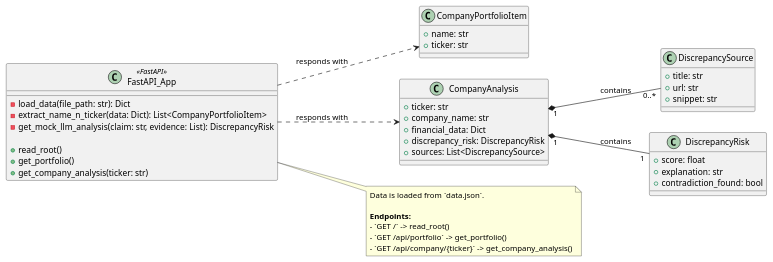
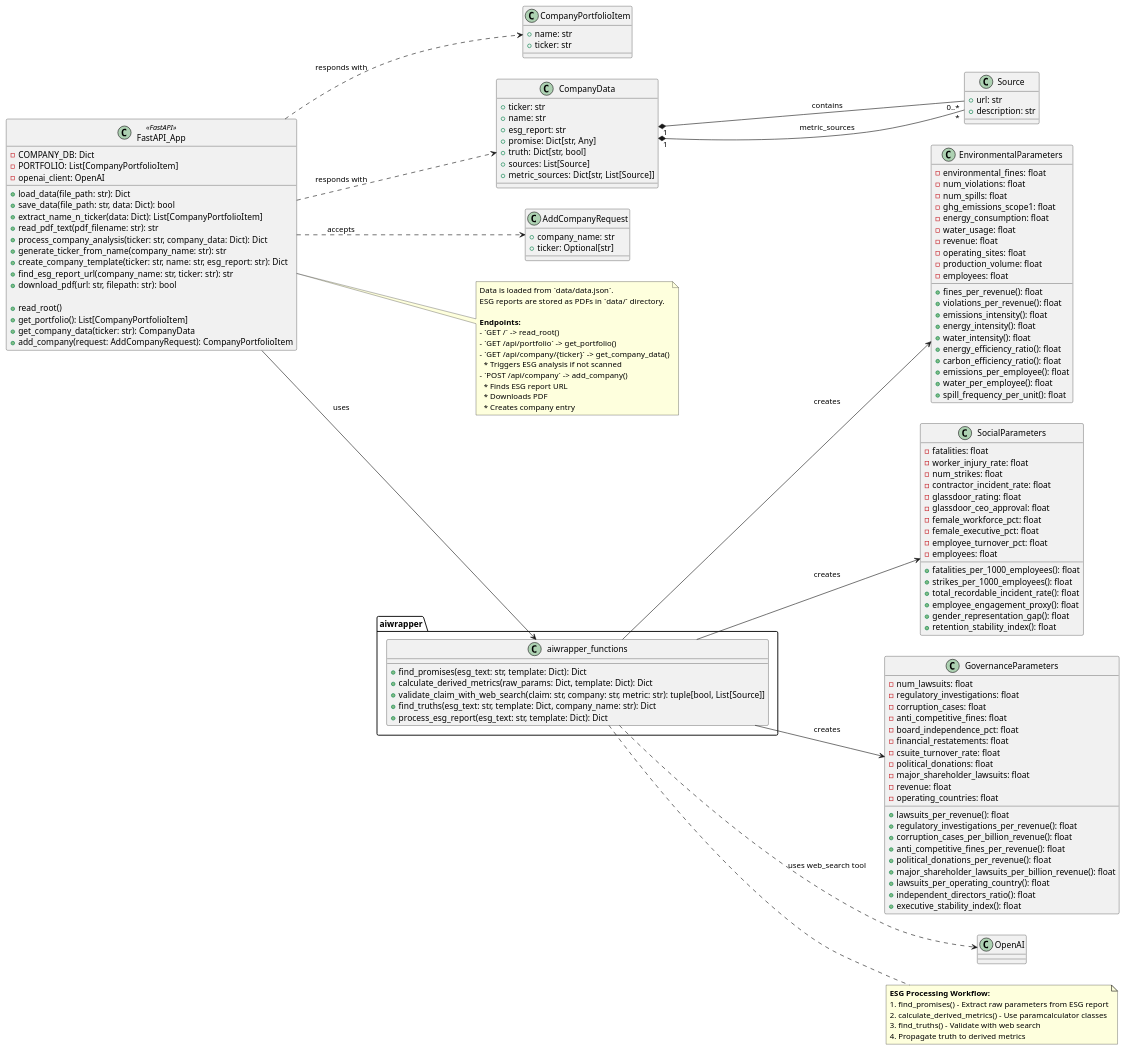
Before and after one commit to Rejseri/fintechHackathon: the diagram in back/class_diagram.puml, drawn with PlantUML. The commit also changed 3 other files, not shown here.

Commit message:
Update uml diagrams

```diff
--- a/back/class_diagram.puml
+++ b/back/class_diagram.puml
@@ -1,62 +1,171 @@
 @startuml
 ' Set direction
 left to right direction
 
-' Define Pydantic Models as classes
+' Define Pydantic Models
 class CompanyPortfolioItem {
   +name: str
   +ticker: str
 }
 
-class DiscrepancySource {
-  +title: str
+class Source {
   +url: str
-  +snippet: str
+  +description: str
 }
 
-class DiscrepancyRisk {
-  +score: float
-  +explanation: str
-  +contradiction_found: bool
+class CompanyData {
+  +ticker: str
+  +name: str
+  +esg_report: str
+  +promise: Dict[str, Any]
+  +truth: Dict[str, bool]
+  +sources: List[Source]
+  +metric_sources: Dict[str, List[Source]]
 }
 
-class CompanyAnalysis {
-  +ticker: str
+class AddCompanyRequest {
   +company_name: str
-  +financial_data: Dict
-  +discrepancy_risk: DiscrepancyRisk
-  +sources: List<DiscrepancySource>
+  +ticker: Optional[str]
 }
 
-' Define FastAPI App as a component
+' Define paramcalculator classes
+class EnvironmentalParameters {
+  -environmental_fines: float
+  -num_violations: float
+  -num_spills: float
+  -ghg_emissions_scope1: float
+  -energy_consumption: float
+  -water_usage: float
+  -revenue: float
+  -operating_sites: float
+  -production_volume: float
+  -employees: float
+  +fines_per_revenue(): float
+  +violations_per_revenue(): float
+  +emissions_intensity(): float
+  +energy_intensity(): float
+  +water_intensity(): float
+  +energy_efficiency_ratio(): float
+  +carbon_efficiency_ratio(): float
+  +emissions_per_employee(): float
+  +water_per_employee(): float
+  +spill_frequency_per_unit(): float
+}
+
+class SocialParameters {
+  -fatalities: float
+  -worker_injury_rate: float
+  -num_strikes: float
+  -contractor_incident_rate: float
+  -glassdoor_rating: float
+  -glassdoor_ceo_approval: float
+  -female_workforce_pct: float
+  -female_executive_pct: float
+  -employee_turnover_pct: float
+  -employees: float
+  +fatalities_per_1000_employees(): float
+  +strikes_per_1000_employees(): float
+  +total_recordable_incident_rate(): float
+  +employee_engagement_proxy(): float
+  +gender_representation_gap(): float
+  +retention_stability_index(): float
+}
+
+class GovernanceParameters {
+  -num_lawsuits: float
+  -regulatory_investigations: float
+  -corruption_cases: float
+  -anti_competitive_fines: float
+  -board_independence_pct: float
+  -financial_restatements: float
+  -csuite_turnover_rate: float
+  -political_donations: float
+  -major_shareholder_lawsuits: float
+  -revenue: float
+  -operating_countries: float
+  +lawsuits_per_revenue(): float
+  +regulatory_investigations_per_revenue(): float
+  +corruption_cases_per_billion_revenue(): float
+  +anti_competitive_fines_per_revenue(): float
+  +political_donations_per_revenue(): float
+  +major_shareholder_lawsuits_per_billion_revenue(): float
+  +lawsuits_per_operating_country(): float
+  +independent_directors_ratio(): float
+  +executive_stability_index(): float
+}
+
+' Define aiwrapper module functions
+package "aiwrapper" {
+  class aiwrapper_functions {
+    +find_promises(esg_text: str, template: Dict): Dict
+    +calculate_derived_metrics(raw_params: Dict, template: Dict): Dict
+    +validate_claim_with_web_search(claim: str, company: str, metric: str): tuple[bool, List[Source]]
+    +find_truths(esg_text: str, template: Dict, company_name: str): Dict
+    +process_esg_report(esg_text: str, template: Dict): Dict
+  }
+}
+
+' Define FastAPI App
 class FastAPI_App <<FastAPI>> {
+  ' Data management
+  -COMPANY_DB: Dict
+  -PORTFOLIO: List[CompanyPortfolioItem]
+  -openai_client: OpenAI
+  
   ' Helper functions
-  - load_data(file_path: str): Dict
-  - extract_name_n_ticker(data: Dict): List<CompanyPortfolioItem>
-  - get_mock_llm_analysis(claim: str, evidence: List): DiscrepancyRisk
+  +load_data(file_path: str): Dict
+  +save_data(file_path: str, data: Dict): bool
+  +extract_name_n_ticker(data: Dict): List[CompanyPortfolioItem]
+  +read_pdf_text(pdf_filename: str): str
+  +process_company_analysis(ticker: str, company_data: Dict): Dict
+  +generate_ticker_from_name(company_name: str): str
+  +create_company_template(ticker: str, name: str, esg_report: str): Dict
+  +find_esg_report_url(company_name: str, ticker: str): str
+  +download_pdf(url: str, filepath: str): bool
 
-  ' Endpoint handler methods
-  + read_root()
-  + get_portfolio()
-  + get_company_analysis(ticker: str)
+  ' Endpoint handlers
+  +read_root()
+  +get_portfolio(): List[CompanyPortfolioItem]
+  +get_company_data(ticker: str): CompanyData
+  +add_company(request: AddCompanyRequest): CompanyPortfolioItem
 }
 
 ' Define relationships
-CompanyAnalysis "1" *-- "1" DiscrepancyRisk : contains
-CompanyAnalysis "1" *-- "0..*" DiscrepancySource : contains
+CompanyData "1" *-- "0..*" Source : contains
+CompanyData "1" *-- "*" Source : "metric_sources"
 
-FastAPI_App ..> CompanyAnalysis : "responds with"
 FastAPI_App ..> CompanyPortfolioItem : "responds with"
+FastAPI_App ..> CompanyData : "responds with"
+FastAPI_App ..> AddCompanyRequest : "accepts"
 
+FastAPI_App --> aiwrapper_functions : "uses"
+aiwrapper_functions --> EnvironmentalParameters : "creates"
+aiwrapper_functions --> SocialParameters : "creates"
+aiwrapper_functions --> GovernanceParameters : "creates"
 
-' Note about the data source and endpoints
+aiwrapper_functions ..> OpenAI : "uses web_search tool"
+
 note right of FastAPI_App
-  Data is loaded from `data.json`.
+  Data is loaded from `data/data.json`.
+  ESG reports are stored as PDFs in `data/` directory.
 
   **Endpoints:**
   - `GET /` -> read_root()
   - `GET /api/portfolio` -> get_portfolio()
-  - `GET /api/company/{ticker}` -> get_company_analysis()
+  - `GET /api/company/{ticker}` -> get_company_data()
+    * Triggers ESG analysis if not scanned
+  - `POST /api/company` -> add_company()
+    * Finds ESG report URL
+    * Downloads PDF
+    * Creates company entry
+end note
+
+note right of aiwrapper_functions
+  **ESG Processing Workflow:**
+  1. find_promises() - Extract raw parameters from ESG report
+  2. calculate_derived_metrics() - Use paramcalculator classes
+  3. find_truths() - Validate with web search
+  4. Propagate truth to derived metrics
 end note
 
 @enduml
```
